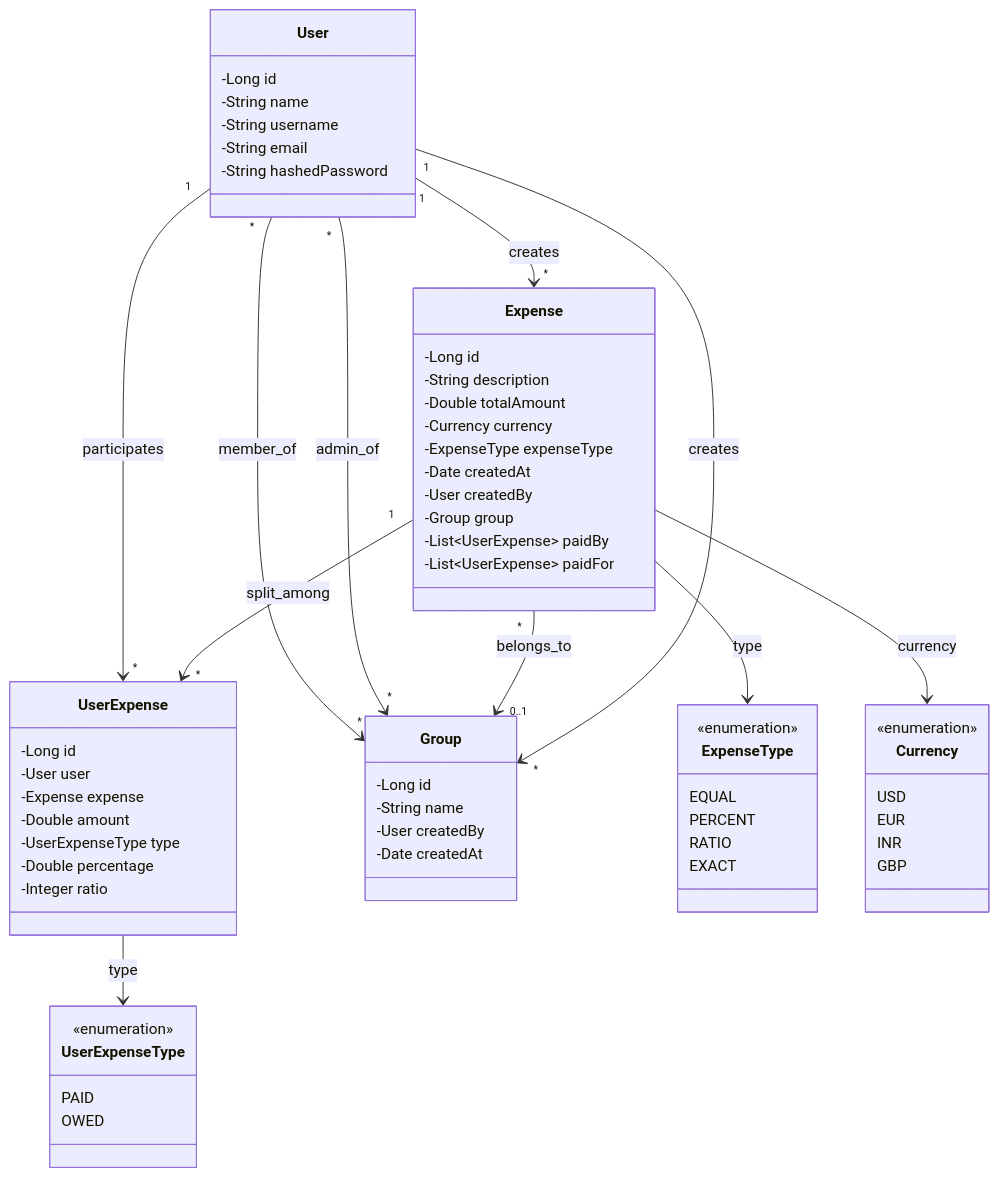
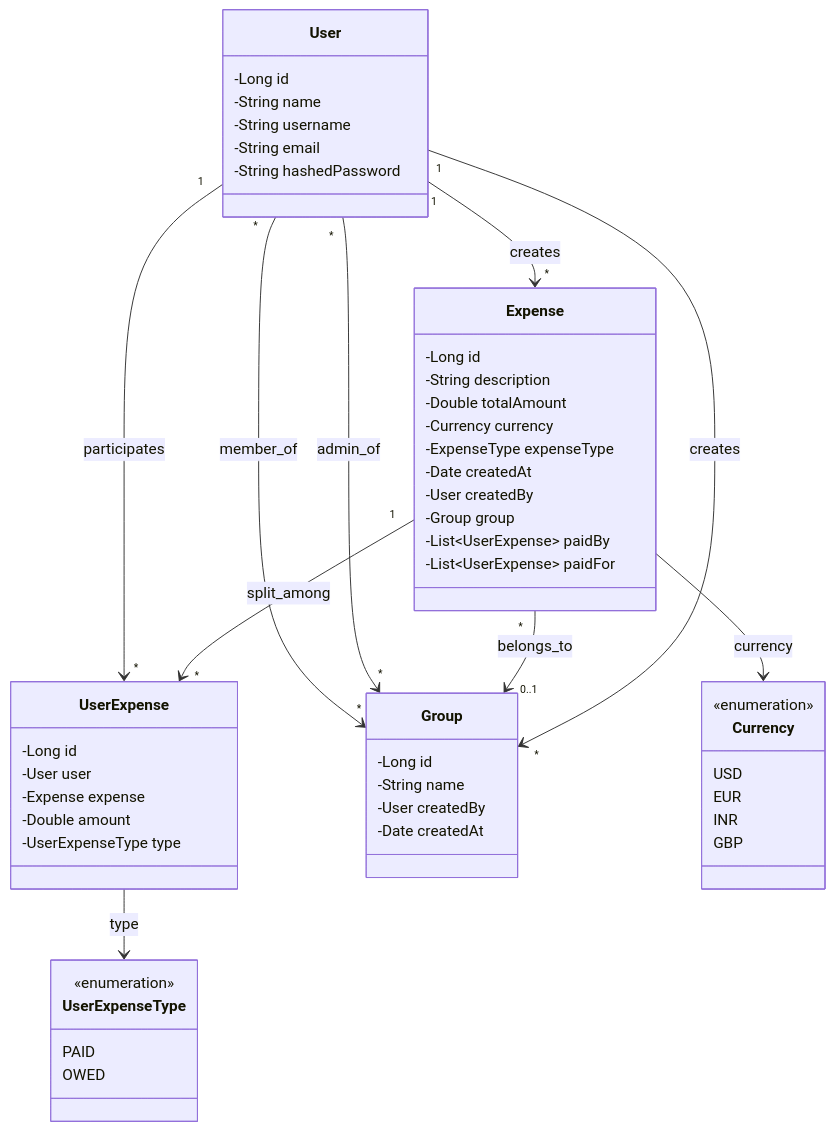
One commit to prateekScaler/BackendLLDPythonAug25Batch changed the first of 2 diagrams in LLD-2/class-15-design-splitwise/DESIGN_SPLITWISE.md. Above: the diagram before and after it, drawn with Mermaid. The commit also changed 41 other files, not shown here.

````diff
--- a/LLD-2/class-15-design-splitwise/DESIGN_SPLITWISE.md
+++ b/LLD-2/class-15-design-splitwise/DESIGN_SPLITWISE.md
@@ -148,73 +148,62 @@
 ```mermaid
 classDiagram
     class User {
         -Long id
         -String name
         -String username
         -String email
         -String hashedPassword
     }
 
     class Expense {
         -Long id
         -String description
         -Double totalAmount
         -Currency currency
         -ExpenseType expenseType
         -Date createdAt
         -User createdBy
         -Group group
         -List~UserExpense~ paidBy
         -List~UserExpense~ paidFor
     }
 
     class UserExpense {
         -Long id
         -User user
         -Expense expense
         -Double amount
         -UserExpenseType type
-        -Double percentage
-        -Integer ratio
     }
 
     class Group {
         -Long id
         -String name
         -User createdBy
         -Date createdAt
-    }
-
-    class ExpenseType {
-        <<enumeration>>
-        EQUAL
-        PERCENT
-        RATIO
-        EXACT
     }
 
     class UserExpenseType {
         <<enumeration>>
         PAID
         OWED
     }
 
     class Currency {
         <<enumeration>>
         USD
         EUR
         INR
         GBP
     }
 
     User "1" --> "*" UserExpense : participates
     Expense "1" --> "*" UserExpense : split_among
     User "*" --> "*" Group : member_of
     User "*" --> "*" Group : admin_of
     Expense "*" --> "0..1" Group : belongs_to
     User "1" --> "*" Expense : creates
     User "1" --> "*" Group : creates
-    Expense --> ExpenseType : type
     Expense --> Currency : currency
     UserExpense --> UserExpenseType : type
 ```
````
